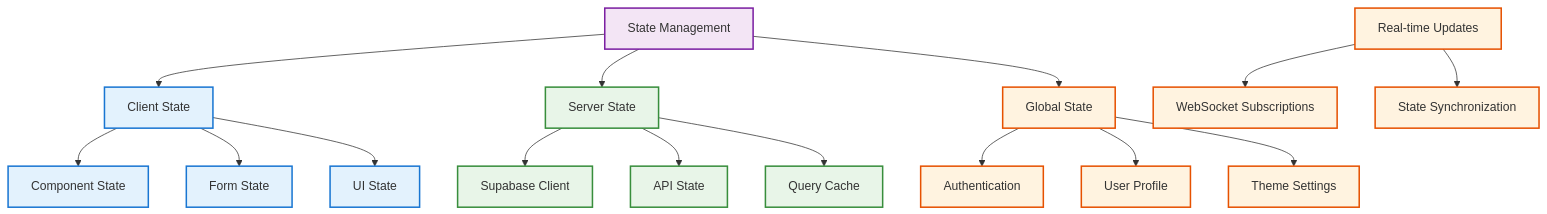
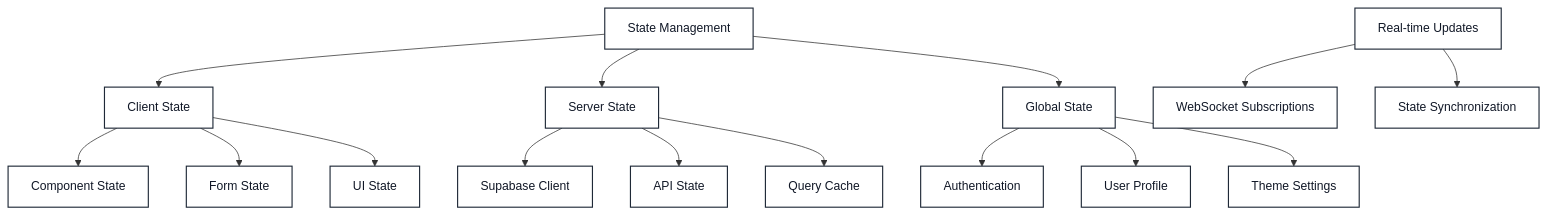
Diagram 11 of 11 in ARCHITECTURE_DIAGRAMS.md (Om7035/student-market), drawn with Mermaid before and after one commit. The commit also changed other lines of this file, not shown here.

````diff
--- a/ARCHITECTURE_DIAGRAMS.md
+++ b/ARCHITECTURE_DIAGRAMS.md
@@ -522,31 +532,32 @@
 ```mermaid
+%%{init: { 'theme': 'base', 'themeVariables': { 'background': '#ffffff', 'primaryColor': '#ffffff', 'secondaryColor': '#ffffff', 'tertiaryColor': '#ffffff', 'primaryTextColor': '#111827', 'textColor': '#111827', 'titleColor': '#111827', 'lineColor': '#1f2937', 'primaryBorderColor': '#1f2937', 'defaultLinkColor': '#1f2937', 'edgeLabelBackground': '#ffffff', 'arrowheadColor': '#1f2937', 'clusterBkg': '#ffffff', 'clusterBorder': '#1f2937', 'fontFamily': 'Inter, ui-sans-serif, system-ui, -apple-system, Segoe UI, Roboto, Helvetica, Arial, "Apple Color Emoji", "Segoe UI Emoji"', 'fontSize': '14px' }, 'flowchart': { 'nodeSpacing': 40, 'rankSpacing': 60, 'padding': 12 } }}%%
 graph TB
     State[State Management] --> Client[Client State]
     State --> Server[Server State]
     State --> Global[Global State]
     
     Client --> Local[Component State]
     Client --> Forms[Form State]
     Client --> UI[UI State]
     
     Server --> Supabase[Supabase Client]
     Server --> API[API State]
     Server --> Cache[Query Cache]
     
     Global --> Auth[Authentication]
     Global --> User[User Profile]
     Global --> Theme[Theme Settings]
     
     Realtime[Real-time Updates] --> Subscriptions[WebSocket Subscriptions]
     Realtime --> Sync[State Synchronization]
     
-    classDef stateBox fill:#f3e5f5,stroke:#7b1fa2,stroke-width:2px
-    classDef clientBox fill:#e3f2fd,stroke:#1976d2,stroke-width:2px
-    classDef serverBox fill:#e8f5e8,stroke:#388e3c,stroke-width:2px
-    classDef realtimeBox fill:#fff3e0,stroke:#e65100,stroke-width:2px
+    classDef stateBox fill:#ffffff,stroke:#1f2937,stroke-width:1.5px,color:#111827
+    classDef clientBox fill:#ffffff,stroke:#1f2937,stroke-width:1.5px,color:#111827
+    classDef serverBox fill:#ffffff,stroke:#1f2937,stroke-width:1.5px,color:#111827
+    classDef realtimeBox fill:#ffffff,stroke:#1f2937,stroke-width:1.5px,color:#111827
     
     class State stateBox
     class Client,Local,Forms,UI clientBox
     class Server,Supabase,API,Cache serverBox
     class Global,Auth,User,Theme,Realtime,Subscriptions,Sync realtimeBox
 ```
````
